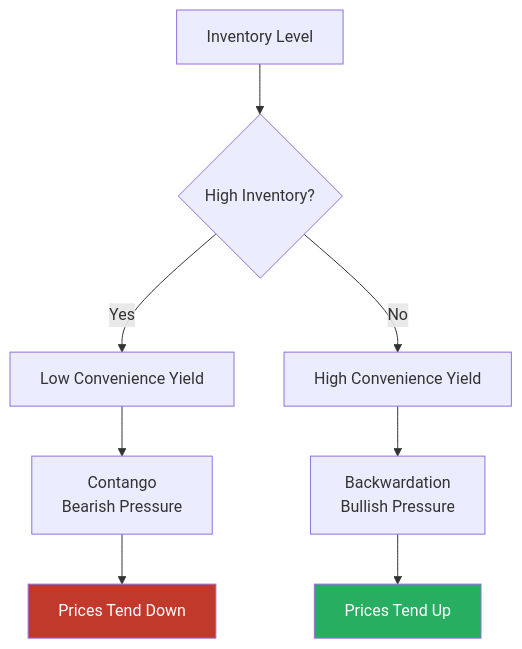
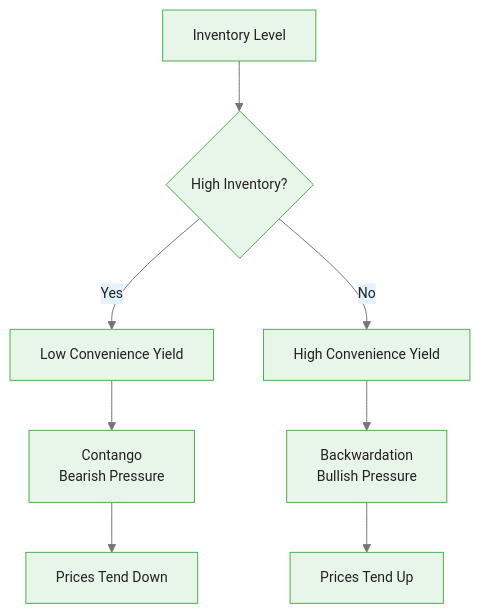
Before and after one commit to m-deane/course-creator: the second of 3 diagrams in courses/bayesian-commodity-forecasting/modules/module_08_fundamentals_integration/guides/01_storage_theory_slides.md, drawn with Mermaid. The commit also changed other lines of this file and 104 other files, not shown here.

````diff
--- a/courses/bayesian-commodity-forecasting/modules/module_08_fundamentals_integration/guides/01_storage_theory_slides.md
+++ b/courses/bayesian-commodity-forecasting/modules/module_08_fundamentals_integration/guides/01_storage_theory_slides.md
@@ -89,12 +104,11 @@
 ```mermaid
+%%{init: {"theme": "base", "themeVariables": {"primaryColor": "#e8f5e9", "primaryBorderColor": "#4caf50", "primaryTextColor": "#212121", "secondaryColor": "#e3f2fd", "tertiaryColor": "#fff8e1", "lineColor": "#757575", "fontFamily": "Inter, sans-serif", "fontSize": "14px"}}}%%
 flowchart TD
     INV["Inventory Level"] --> HIGH{"High Inventory?"}
     HIGH -->|"Yes"| LOW_CY["Low Convenience Yield"]
     HIGH -->|"No"| HIGH_CY["High Convenience Yield"]
     LOW_CY --> CONTANGO["Contango\nBearish Pressure"]
     HIGH_CY --> BACKW["Backwardation\nBullish Pressure"]
     CONTANGO --> PRICE_DOWN["Prices Tend Down"]
     BACKW --> PRICE_UP["Prices Tend Up"]
-    style PRICE_UP fill:#27ae60,color:#fff
-    style PRICE_DOWN fill:#c0392b,color:#fff
 ```
````
